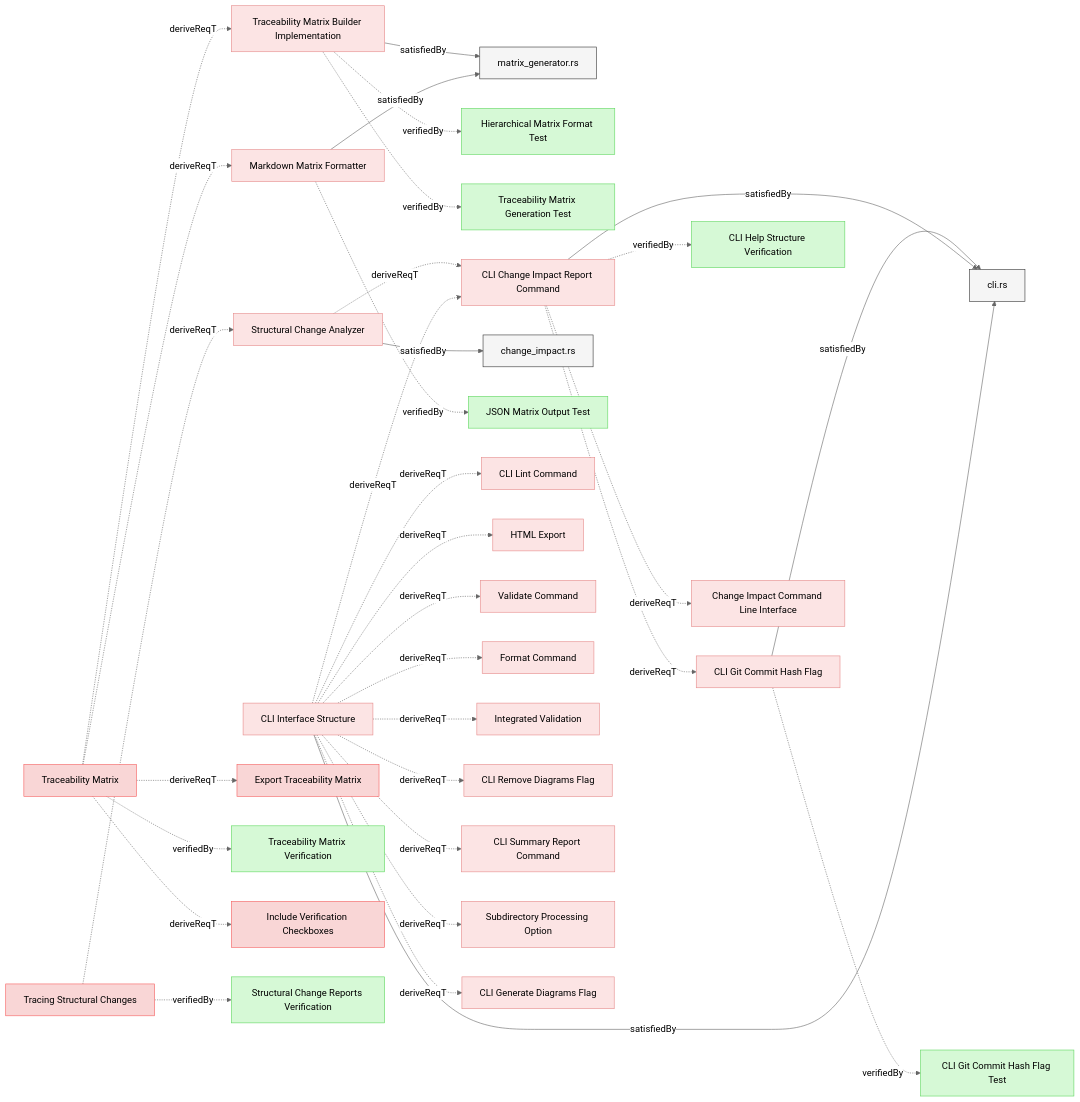
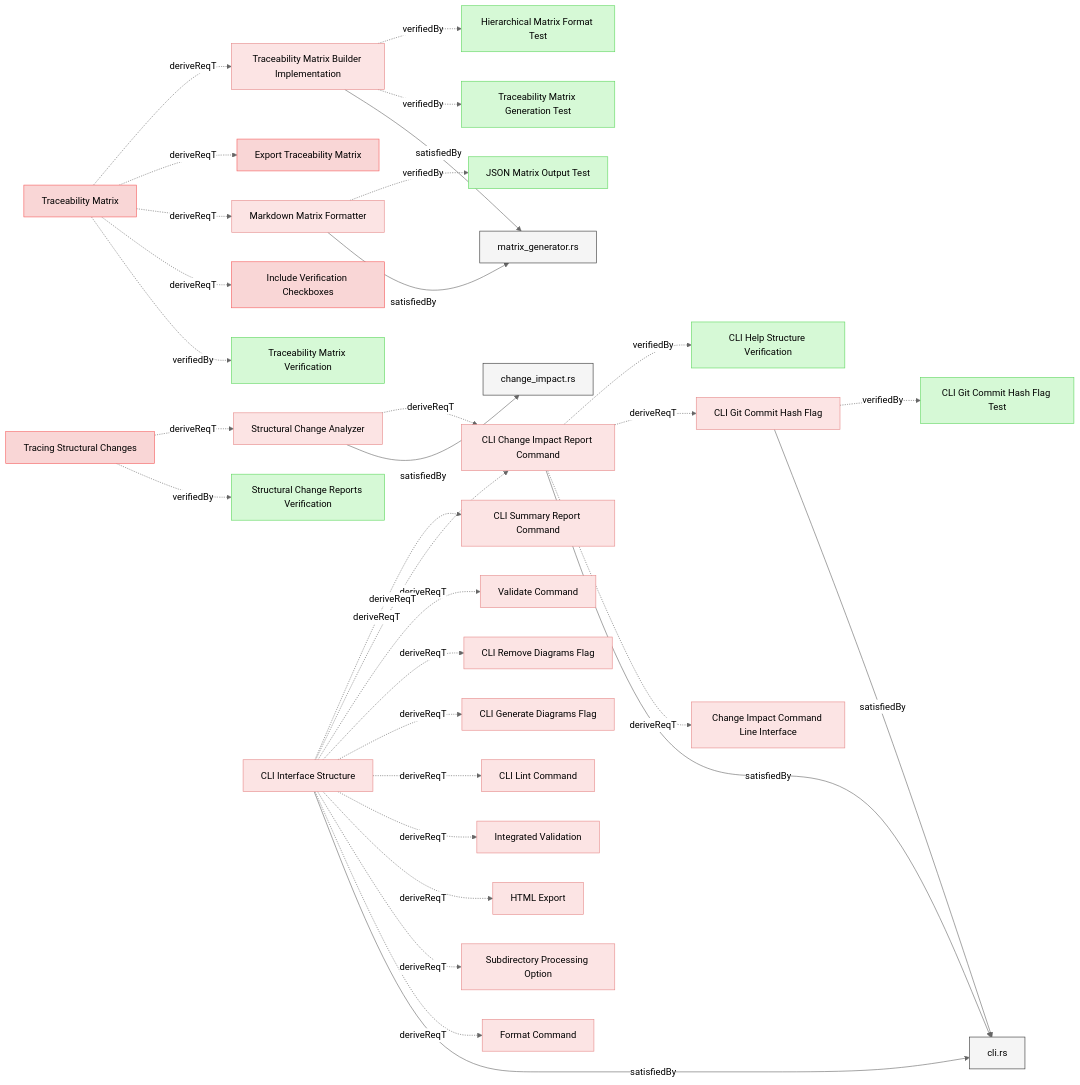
One commit to reqvire-org/reqvire changed the fifth of 9 diagrams in specifications/SystemRequirements/Requirements.md. Above: the diagram before and after it, drawn with Mermaid (neutral theme). The commit also changed other lines of this file and 17 other files, not shown here.

````diff
--- a/specifications/SystemRequirements/Requirements.md
+++ b/specifications/SystemRequirements/Requirements.md
@@ -1321,37 +1245,6 @@
   class 893e340d64ec8044 verification;
   click 893e340d64ec8044 "../Verifications/ChangeImpactTests.md#cli-git-commit-hash-flag-test";
   6c40e66699ba40dd -.->|verifiedBy| 893e340d64ec8044;
-  b55d8517cd3e58["Traceability Matrix Builder Implementation"];
-  class b55d8517cd3e58 systemRequirement;
-  click b55d8517cd3e58 "Requirements.md#traceability-matrix-builder-implementation";
-  16bf75b57622c10["matrix_generator.rs"];
-  class 16bf75b57622c10 default;
-  click 16bf75b57622c10 "../../core/src/matrix_generator.rs";
-  b55d8517cd3e58 -->|satisfiedBy| 16bf75b57622c10;
-  5a25cf6244f4f44["Hierarchical Matrix Format Test"];
-  class 5a25cf6244f4f44 verification;
-  click 5a25cf6244f4f44 "../Verifications/TreacibilityMatrix.md#hierarchical-matrix-format-test";
-  b55d8517cd3e58 -.->|verifiedBy| 5a25cf6244f4f44;
-  aa85c85e7c41d899["Traceability Matrix Generation Test"];
-  class aa85c85e7c41d899 verification;
-  click aa85c85e7c41d899 "../Verifications/TreacibilityMatrix.md#traceability-matrix-generation-test";
-  b55d8517cd3e58 -.->|verifiedBy| aa85c85e7c41d899;
-  4c9ae0a2fb751ce6["CLI Change Impact Report Command"];
-  class 4c9ae0a2fb751ce6 systemRequirement;
-  click 4c9ae0a2fb751ce6 "Requirements.md#cli-change-impact-report-command";
-  80defdd4cbc7ee18["cli.rs"];
-  class 80defdd4cbc7ee18 default;
-  click 80defdd4cbc7ee18 "../../cli/src/cli.rs";
-  4c9ae0a2fb751ce6 -->|satisfiedBy| 80defdd4cbc7ee18;
-  4c9ae0a2fb751ce6 -.->|deriveReqT| 6c40e66699ba40dd;
-  34c75e4a88e1f381["CLI Help Structure Verification"];
-  class 34c75e4a88e1f381 verification;
-  click 34c75e4a88e1f381 "../Verifications/Misc.md#cli-help-structure-verification";
-  4c9ae0a2fb751ce6 -.->|verifiedBy| 34c75e4a88e1f381;
-  37a75398bd174177["Change Impact Command Line Interface"];
-  class 37a75398bd174177 systemRequirement;
-  click 37a75398bd174177 "ChangeImpactPropagation.md#change-impact-command-line-interface";
-  4c9ae0a2fb751ce6 -.->|deriveReqT| 37a75398bd174177;
   d34d7e14d2a235a2["Structural Change Analyzer"];
   class d34d7e14d2a235a2 systemRequirement;
   click d34d7e14d2a235a2 "Requirements.md#structural-change-analyzer";
@@ -1359,6 +1252,9 @@
   class 4b89dbed94c08c3e default;
   click 4b89dbed94c08c3e "../../core/src/change_impact.rs";
   d34d7e14d2a235a2 -->|satisfiedBy| 4b89dbed94c08c3e;
+  4c9ae0a2fb751ce6["CLI Change Impact Report Command"];
+  class 4c9ae0a2fb751ce6 systemRequirement;
+  click 4c9ae0a2fb751ce6 "Requirements.md#cli-change-impact-report-command";
   d34d7e14d2a235a2 -.->|deriveReqT| 4c9ae0a2fb751ce6;
   1b7491b67a792bc9["Markdown Matrix Formatter"];
   class 1b7491b67a792bc9 systemRequirement;
@@ -1371,67 +1267,51 @@
   class 50c290277850dd17 verification;
   click 50c290277850dd17 "../Verifications/TreacibilityMatrix.md#json-matrix-output-test";
   1b7491b67a792bc9 -.->|verifiedBy| 50c290277850dd17;
-  8f22faacdb454b23["CLI Interface Structure"];
-  class 8f22faacdb454b23 systemRequirement;
-  click 8f22faacdb454b23 "Requirements.md#cli-interface-structure";
   80defdd4cbc7ee18["cli.rs"];
   class 80defdd4cbc7ee18 default;
   click 80defdd4cbc7ee18 "../../cli/src/cli.rs";
-  8f22faacdb454b23 -->|satisfiedBy| 80defdd4cbc7ee18;
-  e049c04afaa864c["CLI Lint Command"];
-  class e049c04afaa864c systemRequirement;
-  click e049c04afaa864c "Requirements.md#cli-lint-command";
-  8f22faacdb454b23 -.->|deriveReqT| e049c04afaa864c;
-  5deb63503bdf77c["HTML Export"];
-  class 5deb63503bdf77c systemRequirement;
-  click 5deb63503bdf77c "Requirements.md#html-export";
-  8f22faacdb454b23 -.->|deriveReqT| 5deb63503bdf77c;
-  b4f1757fc8831083["Validate Command"];
-  class b4f1757fc8831083 systemRequirement;
-  click b4f1757fc8831083 "Requirements.md#validate-command";
-  8f22faacdb454b23 -.->|deriveReqT| b4f1757fc8831083;
-  875f89a9f301fb90["Format Command"];
-  class 875f89a9f301fb90 systemRequirement;
-  click 875f89a9f301fb90 "Requirements.md#format-command";
-  8f22faacdb454b23 -.->|deriveReqT| 875f89a9f301fb90;
-  5a67efb6be1c6c72["Integrated Validation"];
-  class 5a67efb6be1c6c72 systemRequirement;
-  click 5a67efb6be1c6c72 "TwoPassValidation.md#integrated-validation";
-  8f22faacdb454b23 -.->|deriveReqT| 5a67efb6be1c6c72;
-  749eaee85cfd0a43["CLI Remove Diagrams Flag"];
-  class 749eaee85cfd0a43 systemRequirement;
-  click 749eaee85cfd0a43 "Requirements.md#cli-remove-diagrams-flag";
-  8f22faacdb454b23 -.->|deriveReqT| 749eaee85cfd0a43;
-  8f22faacdb454b23 -.->|deriveReqT| 4c9ae0a2fb751ce6;
-  5a07afd22db51c40["CLI Summary Report Command"];
-  class 5a07afd22db51c40 systemRequirement;
-  click 5a07afd22db51c40 "Requirements.md#cli-summary-report-command";
-  8f22faacdb454b23 -.->|deriveReqT| 5a07afd22db51c40;
-  7bdf935ec6d8effe["Subdirectory Processing Option"];
-  class 7bdf935ec6d8effe systemRequirement;
-  click 7bdf935ec6d8effe "Requirements.md#subdirectory-processing-option";
-  8f22faacdb454b23 -.->|deriveReqT| 7bdf935ec6d8effe;
-  7223dec8fe51900f["CLI Generate Diagrams Flag"];
-  class 7223dec8fe51900f systemRequirement;
-  click 7223dec8fe51900f "Requirements.md#cli-generate-diagrams-flag";
-  8f22faacdb454b23 -.->|deriveReqT| 7223dec8fe51900f;
+  4c9ae0a2fb751ce6 -->|satisfiedBy| 80defdd4cbc7ee18;
+  37a75398bd174177["Change Impact Command Line Interface"];
+  class 37a75398bd174177 systemRequirement;
+  click 37a75398bd174177 "ChangeImpactPropagation.md#change-impact-command-line-interface";
+  4c9ae0a2fb751ce6 -.->|deriveReqT| 37a75398bd174177;
+  4c9ae0a2fb751ce6 -.->|deriveReqT| 6c40e66699ba40dd;
+  34c75e4a88e1f381["CLI Help Structure Verification"];
+  class 34c75e4a88e1f381 verification;
+  click 34c75e4a88e1f381 "../Verifications/Misc.md#cli-help-structure-verification";
+  4c9ae0a2fb751ce6 -.->|verifiedBy| 34c75e4a88e1f381;
+  b55d8517cd3e58["Traceability Matrix Builder Implementation"];
+  class b55d8517cd3e58 systemRequirement;
+  click b55d8517cd3e58 "Requirements.md#traceability-matrix-builder-implementation";
+  16bf75b57622c10["matrix_generator.rs"];
+  class 16bf75b57622c10 default;
+  click 16bf75b57622c10 "../../core/src/matrix_generator.rs";
+  b55d8517cd3e58 -->|satisfiedBy| 16bf75b57622c10;
+  aa85c85e7c41d899["Traceability Matrix Generation Test"];
+  class aa85c85e7c41d899 verification;
+  click aa85c85e7c41d899 "../Verifications/TreacibilityMatrix.md#traceability-matrix-generation-test";
+  b55d8517cd3e58 -.->|verifiedBy| aa85c85e7c41d899;
+  5a25cf6244f4f44["Hierarchical Matrix Format Test"];
+  class 5a25cf6244f4f44 verification;
+  click 5a25cf6244f4f44 "../Verifications/TreacibilityMatrix.md#hierarchical-matrix-format-test";
+  b55d8517cd3e58 -.->|verifiedBy| 5a25cf6244f4f44;
   4e30ea0930dc9c26["Traceability Matrix"];
   class 4e30ea0930dc9c26 userRequirement;
   click 4e30ea0930dc9c26 "../UserRequirements.md#traceability-matrix";
-  4e30ea0930dc9c26 -.->|deriveReqT| b55d8517cd3e58;
+  11c3285e74c8d60b["Traceability Matrix Verification"];
+  class 11c3285e74c8d60b verification;
+  click 11c3285e74c8d60b "../Verifications/ChangeImpactTests.md#traceability-matrix-verification";
+  4e30ea0930dc9c26 -.->|verifiedBy| 11c3285e74c8d60b;
+  6d32b919c82784b7["Include Verification Checkboxes"];
+  class 6d32b919c82784b7 userRequirement;
+  click 6d32b919c82784b7 "../UserRequirements.md#include-verification-checkboxes";
+  4e30ea0930dc9c26 -.->|deriveReqT| 6d32b919c82784b7;
+  4e30ea0930dc9c26 -.->|deriveReqT| 1b7491b67a792bc9;
   7de9a55d6102af23["Export Traceability Matrix"];
   class 7de9a55d6102af23 userRequirement;
   click 7de9a55d6102af23 "../UserRequirements.md#export-traceability-matrix";
   4e30ea0930dc9c26 -.->|deriveReqT| 7de9a55d6102af23;
-  11c3285e74c8d60b["Traceability Matrix Verification"];
-  class 11c3285e74c8d60b verification;
-  click 11c3285e74c8d60b "../Verifications/ChangeImpactTests.md#traceability-matrix-verification";
-  4e30ea0930dc9c26 -.->|verifiedBy| 11c3285e74c8d60b;
-  4e30ea0930dc9c26 -.->|deriveReqT| 1b7491b67a792bc9;
-  6d32b919c82784b7["Include Verification Checkboxes"];
-  class 6d32b919c82784b7 userRequirement;
-  click 6d32b919c82784b7 "../UserRequirements.md#include-verification-checkboxes";
-  4e30ea0930dc9c26 -.->|deriveReqT| 6d32b919c82784b7;
+  4e30ea0930dc9c26 -.->|deriveReqT| b55d8517cd3e58;
   d7b7b13a5b8d96e1["Tracing Structural Changes"];
   class d7b7b13a5b8d96e1 userRequirement;
   click d7b7b13a5b8d96e1 "../UserRequirements.md#tracing-structural-changes";
@@ -1440,4 +1320,48 @@
   click b0e8adb6596a35e7 "../Verifications/ChangeImpactTests.md#structural-change-reports-verification";
   d7b7b13a5b8d96e1 -.->|verifiedBy| b0e8adb6596a35e7;
   d7b7b13a5b8d96e1 -.->|deriveReqT| d34d7e14d2a235a2;
+  8f22faacdb454b23["CLI Interface Structure"];
+  class 8f22faacdb454b23 systemRequirement;
+  click 8f22faacdb454b23 "Requirements.md#cli-interface-structure";
+  80defdd4cbc7ee18["cli.rs"];
+  class 80defdd4cbc7ee18 default;
+  click 80defdd4cbc7ee18 "../../cli/src/cli.rs";
+  8f22faacdb454b23 -->|satisfiedBy| 80defdd4cbc7ee18;
+  875f89a9f301fb90["Format Command"];
+  class 875f89a9f301fb90 systemRequirement;
+  click 875f89a9f301fb90 "Requirements.md#format-command";
+  8f22faacdb454b23 -.->|deriveReqT| 875f89a9f301fb90;
+  7bdf935ec6d8effe["Subdirectory Processing Option"];
+  class 7bdf935ec6d8effe systemRequirement;
+  click 7bdf935ec6d8effe "Requirements.md#subdirectory-processing-option";
+  8f22faacdb454b23 -.->|deriveReqT| 7bdf935ec6d8effe;
+  5deb63503bdf77c["HTML Export"];
+  class 5deb63503bdf77c systemRequirement;
+  click 5deb63503bdf77c "Requirements.md#html-export";
+  8f22faacdb454b23 -.->|deriveReqT| 5deb63503bdf77c;
+  5a67efb6be1c6c72["Integrated Validation"];
+  class 5a67efb6be1c6c72 systemRequirement;
+  click 5a67efb6be1c6c72 "TwoPassValidation.md#integrated-validation";
+  8f22faacdb454b23 -.->|deriveReqT| 5a67efb6be1c6c72;
+  e049c04afaa864c["CLI Lint Command"];
+  class e049c04afaa864c systemRequirement;
+  click e049c04afaa864c "Requirements.md#cli-lint-command";
+  8f22faacdb454b23 -.->|deriveReqT| e049c04afaa864c;
+  7223dec8fe51900f["CLI Generate Diagrams Flag"];
+  class 7223dec8fe51900f systemRequirement;
+  click 7223dec8fe51900f "Requirements.md#cli-generate-diagrams-flag";
+  8f22faacdb454b23 -.->|deriveReqT| 7223dec8fe51900f;
+  749eaee85cfd0a43["CLI Remove Diagrams Flag"];
+  class 749eaee85cfd0a43 systemRequirement;
+  click 749eaee85cfd0a43 "Requirements.md#cli-remove-diagrams-flag";
+  8f22faacdb454b23 -.->|deriveReqT| 749eaee85cfd0a43;
+  b4f1757fc8831083["Validate Command"];
+  class b4f1757fc8831083 systemRequirement;
+  click b4f1757fc8831083 "Requirements.md#validate-command";
+  8f22faacdb454b23 -.->|deriveReqT| b4f1757fc8831083;
+  8f22faacdb454b23 -.->|deriveReqT| 4c9ae0a2fb751ce6;
+  5a07afd22db51c40["CLI Summary Report Command"];
+  class 5a07afd22db51c40 systemRequirement;
+  click 5a07afd22db51c40 "Requirements.md#cli-summary-report-command";
+  8f22faacdb454b23 -.->|deriveReqT| 5a07afd22db51c40;
 ```
````
